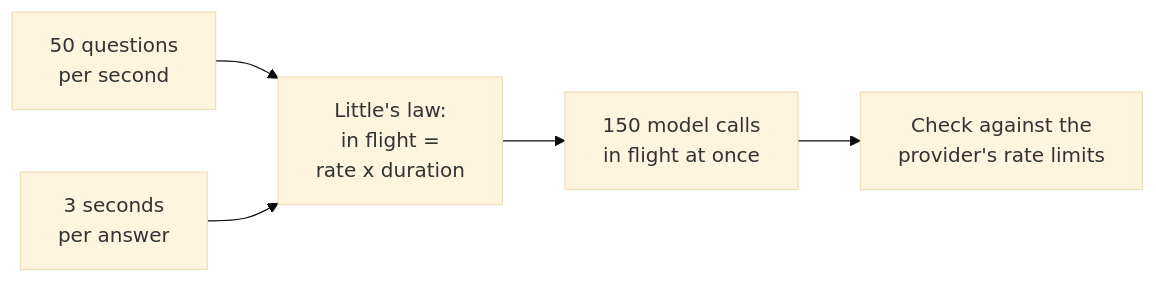
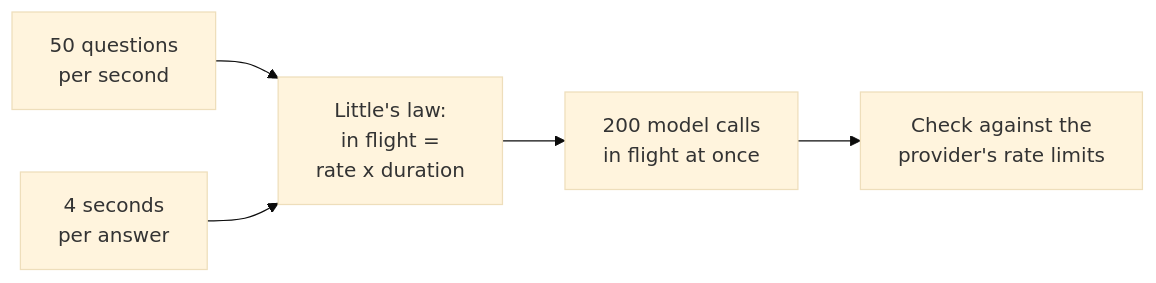
One commit to shubamchaudhary/CodeNITW changed the third of 9 diagrams in src/Data/aiStackDocs/CH-10.md. Above: the diagram before and after it, drawn with Mermaid (base theme). The commit also changed other lines of this file and 32 other files, not shown here.

````diff
--- a/src/Data/aiStackDocs/CH-10.md
+++ b/src/Data/aiStackDocs/CH-10.md
@@ -43,7 +43,7 @@
 ```mermaid
 flowchart LR
     R["50 questions<br/>per second"] --> LL["Little's law:<br/>in flight =<br/>rate x duration"]
-    D["3 seconds<br/>per answer"] --> LL
-    LL --> C["150 model calls<br/>in flight at once"]
+    D["4 seconds<br/>per answer"] --> LL
+    LL --> C["200 model calls<br/>in flight at once"]
     C --> RL["Check against the<br/>provider's rate limits"]
 ```
````
